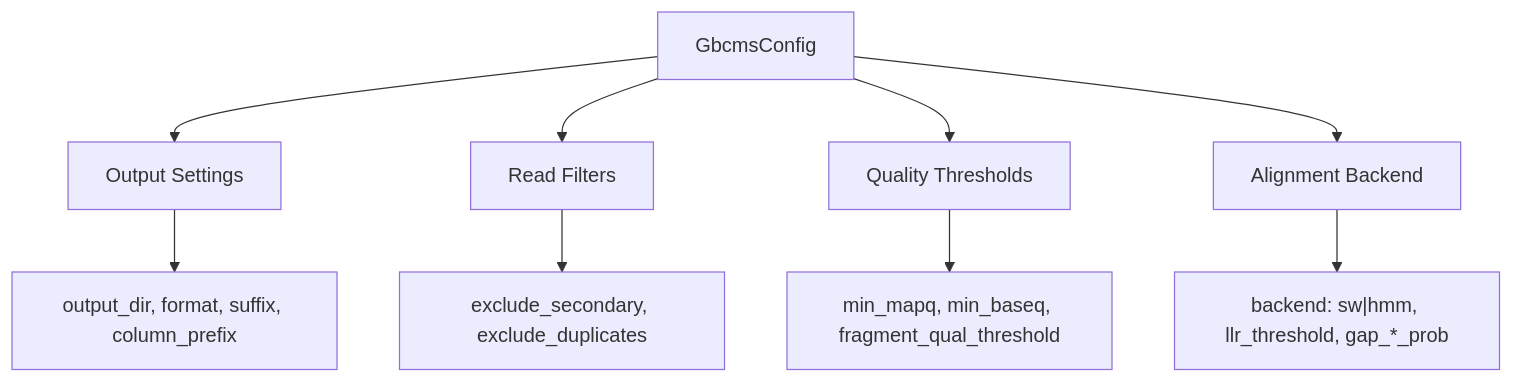
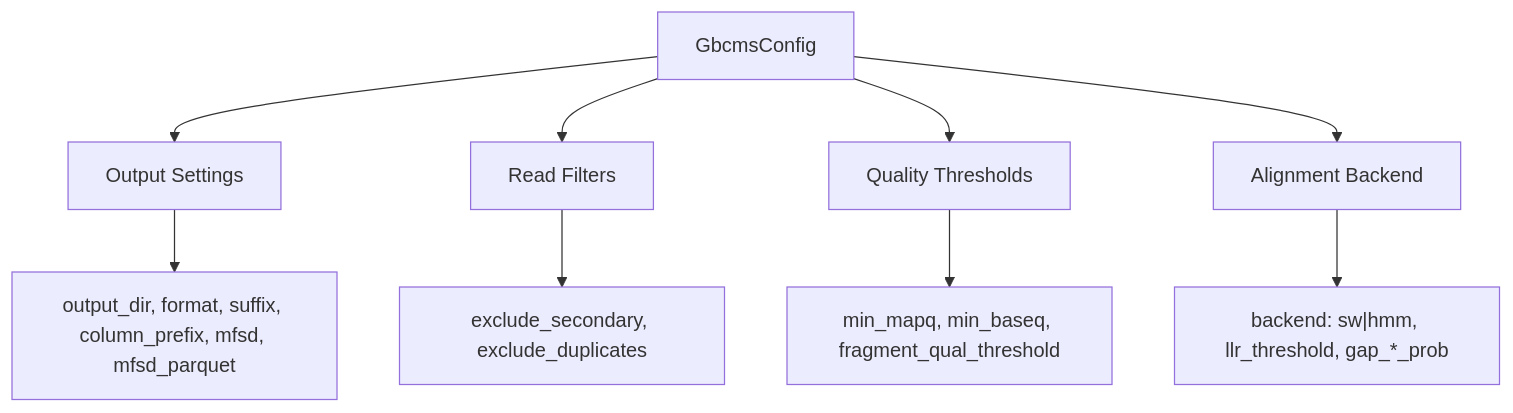
Before and after one commit to msk-access/py-gbcms: the fourth of 5 diagrams in docs/reference/architecture.md, drawn with Mermaid. The commit also changed other lines of this file and 1 other file, not shown here.

````diff
--- a/docs/reference/architecture.md
+++ b/docs/reference/architecture.md
@@ -153,12 +159,12 @@
 ```mermaid
 flowchart TB
     GbcmsConfig --> OutputConfig[Output Settings]
     GbcmsConfig --> ReadFilters[Read Filters]
     GbcmsConfig --> QualityThresholds[Quality Thresholds]
     GbcmsConfig --> AlignmentConfig[Alignment Backend]
     
-    OutputConfig --> D1[output_dir, format, suffix, column_prefix]
+    OutputConfig --> D1["output_dir, format, suffix, column_prefix, mfsd, mfsd_parquet"]
     ReadFilters --> D2[exclude_secondary, exclude_duplicates]
     QualityThresholds --> D3["min_mapq, min_baseq, fragment_qual_threshold"]
     AlignmentConfig --> D4["backend: sw|hmm, llr_threshold, gap_*_prob"]
 ```
````
